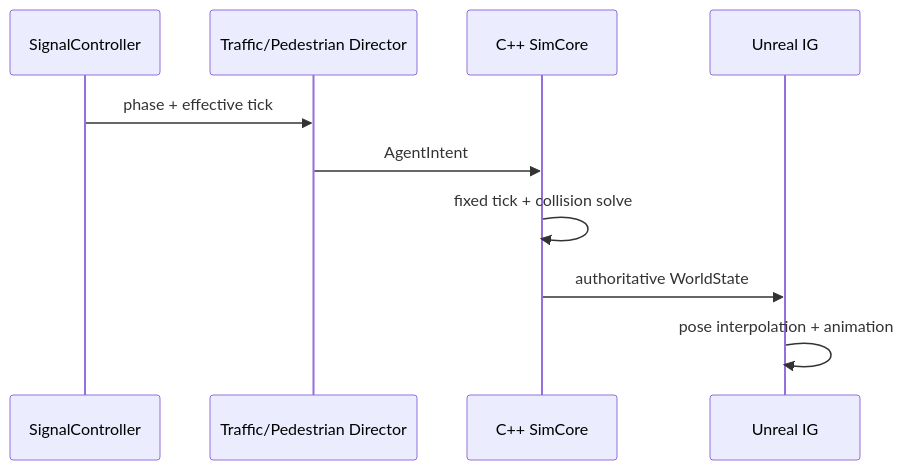
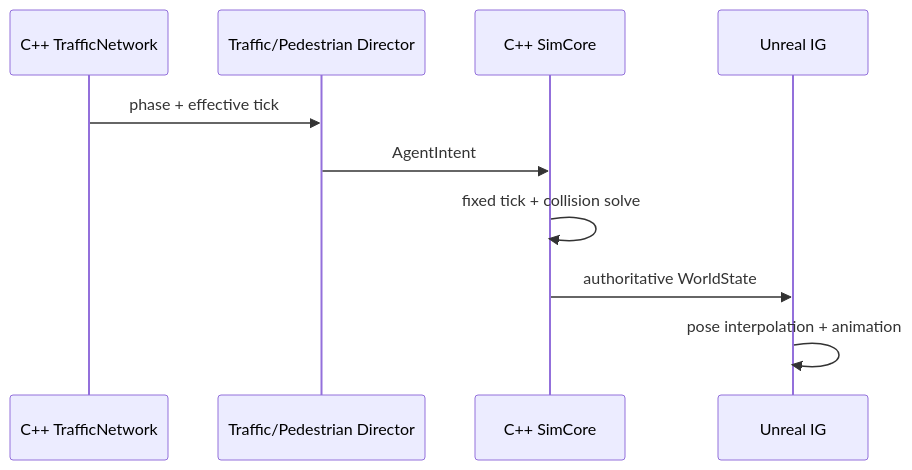
The fourth of 4 diagrams in docs/03_architecture.md (GonoBae/Drive_Integration), drawn with Mermaid before and after one commit. The commit also changed other lines of this file and 253 other files, not shown here.

````diff
--- a/docs/03_architecture.md
+++ b/docs/03_architecture.md
@@ -589,12 +901,12 @@
 ```mermaid
 sequenceDiagram
-    participant Signal as SignalController
+    participant Signal as C++ TrafficNetwork
     participant AI as Traffic/Pedestrian Director
     participant Core as C++ SimCore
     participant IG as Unreal IG
     Signal->>AI: phase + effective tick
     AI->>Core: AgentIntent
     Core->>Core: fixed tick + collision solve
     Core->>IG: authoritative WorldState
     IG->>IG: pose interpolation + animation
 ```
````
